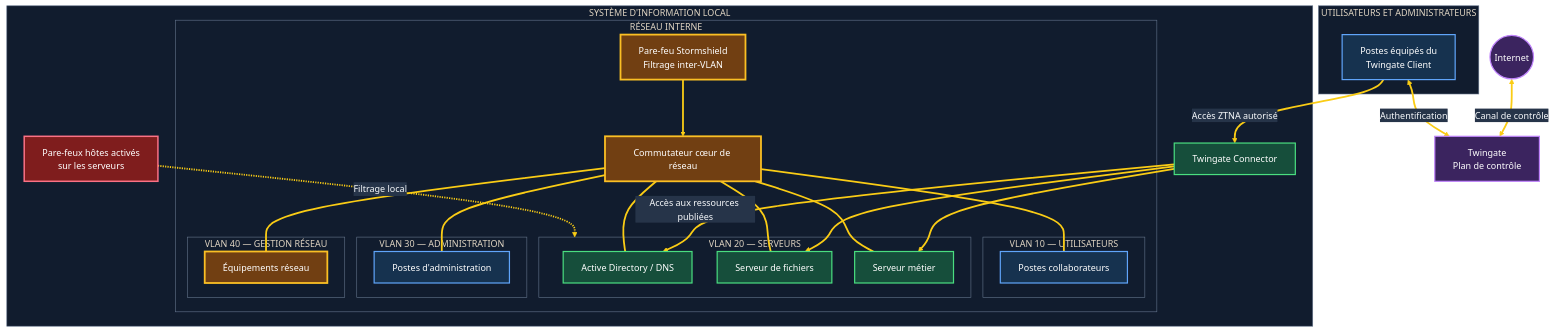
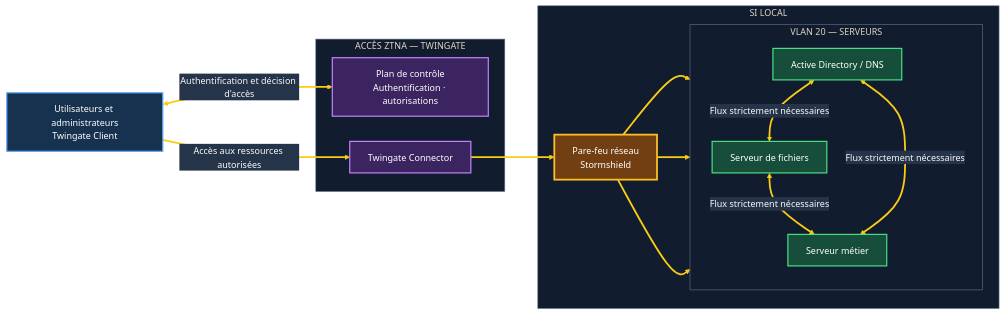
The diagram in projects/01-zero-trust-architecture/diagrams/02-target-architecture.mmd (Chanc-111/Chanc-111), drawn with Mermaid before and after one commit.

Commit message:
Refocus target diagram on Twingate access and server VLAN microsegmentation

```diff
--- a/projects/01-zero-trust-architecture/diagrams/02-target-architecture.mmd
+++ b/projects/01-zero-trust-architecture/diagrams/02-target-architecture.mmd
@@ -1,64 +1,40 @@
-%%{init: {"theme":"base","themeVariables":{"background":"#0b1220","primaryColor":"#172b45","primaryTextColor":"#f8fafc","primaryBorderColor":"#60a5fa","lineColor":"#facc15","secondaryColor":"#182235","tertiaryColor":"#202b3d","clusterBkg":"#111c2e","clusterBorder":"#64748b","edgeLabelBackground":"#263449","fontFamily":"Arial","fontSize":"15px"},"flowchart":{"curve":"basis","htmlLabels":true,"nodeSpacing":38,"rankSpacing":48}}}%%
-flowchart TB
-    INTERNET(("Internet"))
-    CONTROL["Twingate<br/>Plan de contrôle"]
+%%{init: {"theme":"base","themeVariables":{"background":"#0b1220","primaryColor":"#172b45","primaryTextColor":"#f8fafc","primaryBorderColor":"#60a5fa","lineColor":"#facc15","secondaryColor":"#182235","tertiaryColor":"#202b3d","clusterBkg":"#111c2e","clusterBorder":"#64748b","edgeLabelBackground":"#263449","fontFamily":"Arial","fontSize":"15px"},"flowchart":{"curve":"basis","htmlLabels":true,"nodeSpacing":42,"rankSpacing":55}}}%%
+flowchart LR
+    USER["Utilisateurs et administrateurs<br/>Twingate Client"]
 
-    subgraph USERS["UTILISATEURS ET ADMINISTRATEURS"]
-        CLIENT["Postes équipés du<br/>Twingate Client"]
+    subgraph TWIN["ACCÈS ZTNA — TWINGATE"]
+        CONTROL["Plan de contrôle<br/>Authentification · autorisations"]
+        CONNECTOR["Twingate Connector"]
     end
 
-    subgraph SI["SYSTÈME D'INFORMATION LOCAL"]
-        CONNECTOR["Twingate Connector"]
-
-        subgraph NETWORK["RÉSEAU INTERNE"]
-            FW["Pare-feu Stormshield<br/>Filtrage inter-VLAN"]
-            CORE["Commutateur cœur de réseau"]
-
-            subgraph V10["VLAN 10 — UTILISATEURS"]
-                U["Postes collaborateurs"]
-            end
-            subgraph V20["VLAN 20 — SERVEURS"]
-                AD["Active Directory / DNS"]
-                FILES["Serveur de fichiers"]
-                APP["Serveur métier"]
-            end
-            subgraph V30["VLAN 30 — ADMINISTRATION"]
-                ADM["Postes d'administration"]
-            end
-            subgraph V40["VLAN 40 — GESTION RÉSEAU"]
-                MGMT["Équipements réseau"]
-            end
+    subgraph SI["SI LOCAL"]
+        FW["Pare-feu réseau<br/>Stormshield"]
+        subgraph VLAN20["VLAN 20 — SERVEURS"]
+            direction TB
+            AD["Active Directory / DNS"]
+            FILES["Serveur de fichiers"]
+            APP["Serveur métier"]
+            AD <-->|"Flux strictement nécessaires"| FILES
+            FILES <-->|"Flux strictement nécessaires"| APP
+            AD <-->|"Flux strictement nécessaires"| APP
         end
-
-        HOSTFW["Pare-feux hôtes activés<br/>sur les serveurs"]
     end
 
-    INTERNET <-->|"Canal de contrôle"| CONTROL
-    CLIENT <-->|"Authentification"| CONTROL
-    CLIENT ==>|"Accès ZTNA autorisé"| CONNECTOR
-    CONNECTOR -->|"Accès aux ressources publiées"| AD
-    CONNECTOR --> FILES
-    CONNECTOR --> APP
-
-    FW --> CORE
-    CORE --- U
-    CORE --- AD
-    CORE --- FILES
-    CORE --- APP
-    CORE --- ADM
-    CORE --- MGMT
-
-    HOSTFW -.->|"Filtrage local"| V20
+    USER <-->|"Authentification et décision d'accès"| CONTROL
+    USER ==>|"Accès aux ressources autorisées"| CONNECTOR
+    CONNECTOR ==> FW
+    FW ==> AD
+    FW ==> FILES
+    FW ==> APP
 
     classDef endpoint fill:#16324f,stroke:#60a5fa,stroke-width:2px,color:#ffffff
+    classDef control fill:#3b245f,stroke:#c084fc,stroke-width:2px,color:#ffffff
+    classDef network fill:#713f12,stroke:#fbbf24,stroke-width:3px,color:#ffffff
     classDef server fill:#164e3b,stroke:#4ade80,stroke-width:2px,color:#ffffff
-    classDef network fill:#713f12,stroke:#fbbf24,stroke-width:3px,color:#ffffff
-    classDef external fill:#3b245f,stroke:#c084fc,stroke-width:2px,color:#ffffff
-    classDef security fill:#7f1d1d,stroke:#fb7185,stroke-width:2.5px,color:#ffffff
+    classDef micro fill:#7f1d1d,stroke:#fb7185,stroke-width:2px,color:#ffffff
 
-    class CLIENT,U,ADM endpoint
-    class CONNECTOR,AD,FILES,APP server
-    class FW,CORE,MGMT network
-    class INTERNET,CONTROL external
-    class HOSTFW security
+    class USER endpoint
+    class CONTROL,CONNECTOR control
+    class FW network
+    class AD,FILES,APP server
     linkStyle default stroke:#facc15,stroke-width:3px,color:#f8fafc
```
